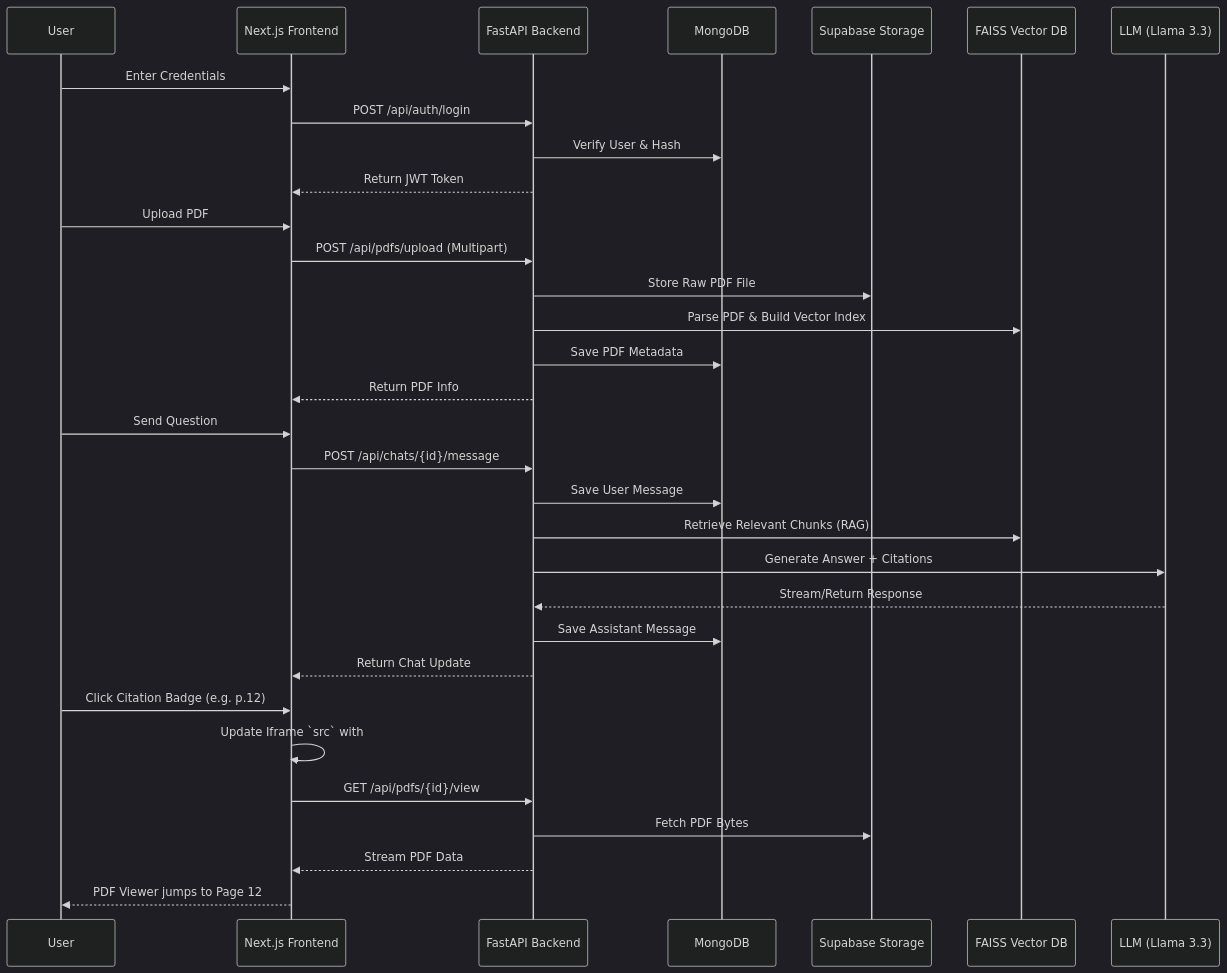
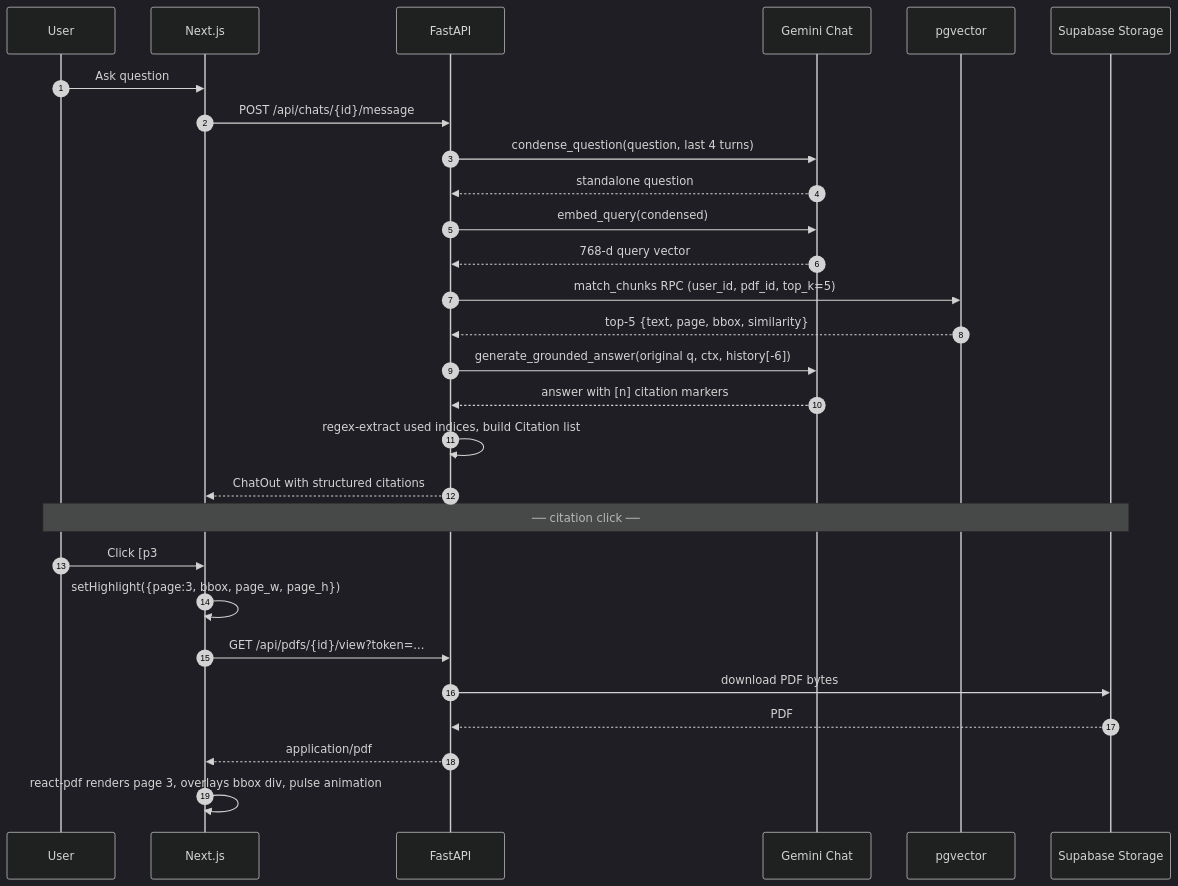
Before and after one commit to Krishna-Baheti-27/chatpdf-rag: the third of 3 diagrams in README.md, drawn with Mermaid (dark theme). The commit also changed other lines of this file and 39 other files, not shown here.

````diff
--- a/README.md
+++ b/README.md
@@ -23,42 +129,32 @@
 ```mermaid
 sequenceDiagram
+    autonumber
     participant U as User
-    participant F as Next.js Frontend
-    participant B as FastAPI Backend
-    participant M as MongoDB
-    participant S as Supabase Storage
-    participant V as FAISS Vector DB
-    participant L as LLM (Llama 3.3)
+    participant FE as Next.js
+    participant BE as FastAPI
+    participant G as Gemini Chat
+    participant PV as pgvector
+    participant SS as Supabase Storage
 
-    %% Authentication Flow
-    U->>F: Enter Credentials
-    F->>B: POST /api/auth/login
-    B->>M: Verify User & Hash
-    B-->>F: Return JWT Token
+    U->>FE: Ask question
+    FE->>BE: POST /api/chats/{id}/message
+    BE->>G: condense_question(question, last 4 turns)
+    G-->>BE: standalone question
+    BE->>G: embed_query(condensed)
+    G-->>BE: 768-d query vector
+    BE->>PV: match_chunks RPC (user_id, pdf_id, top_k=5)
+    PV-->>BE: top-5 {text, page, bbox, similarity}
+    BE->>G: generate_grounded_answer(original q, ctx, history[-6])
+    G-->>BE: answer with [n] citation markers
+    BE->>BE: regex-extract used indices, build Citation list
+    BE-->>FE: ChatOut with structured citations
 
-    %% Upload Flow
-    U->>F: Upload PDF
-    F->>B: POST /api/pdfs/upload (Multipart)
-    B->>S: Store Raw PDF File
-    B->>V: Parse PDF & Build Vector Index
-    B->>M: Save PDF Metadata
-    B-->>F: Return PDF Info
-
-    %% Chat Flow
-    U->>F: Send Question
-    F->>B: POST /api/chats/{id}/message
-    B->>M: Save User Message
-    B->>V: Retrieve Relevant Chunks (RAG)
-    B->>L: Generate Answer + Citations
-    L-->>B: Stream/Return Response
-    B->>M: Save Assistant Message
-    B-->>F: Return Chat Update
-    
-    %% Citation Click Flow
-    U->>F: Click Citation Badge (e.g. p.12)
-    F->>F: Update Iframe `src` with #page=12
-    F->>B: GET /api/pdfs/{id}/view
-    B->>S: Fetch PDF Bytes
-    B-->>F: Stream PDF Data
-    F-->>U: PDF Viewer jumps to Page 12
+    Note over U,SS: ── citation click ──
+    U->>FE: Click [p3#2] badge
+    FE->>FE: setHighlight({page:3, bbox, page_w, page_h})
+    FE->>BE: GET /api/pdfs/{id}/view?token=...
+    BE->>SS: download PDF bytes
+    SS-->>BE: PDF
+    BE-->>FE: application/pdf
+    FE->>FE: react-pdf renders page 3, overlays bbox div, pulse animation
 ```
````
